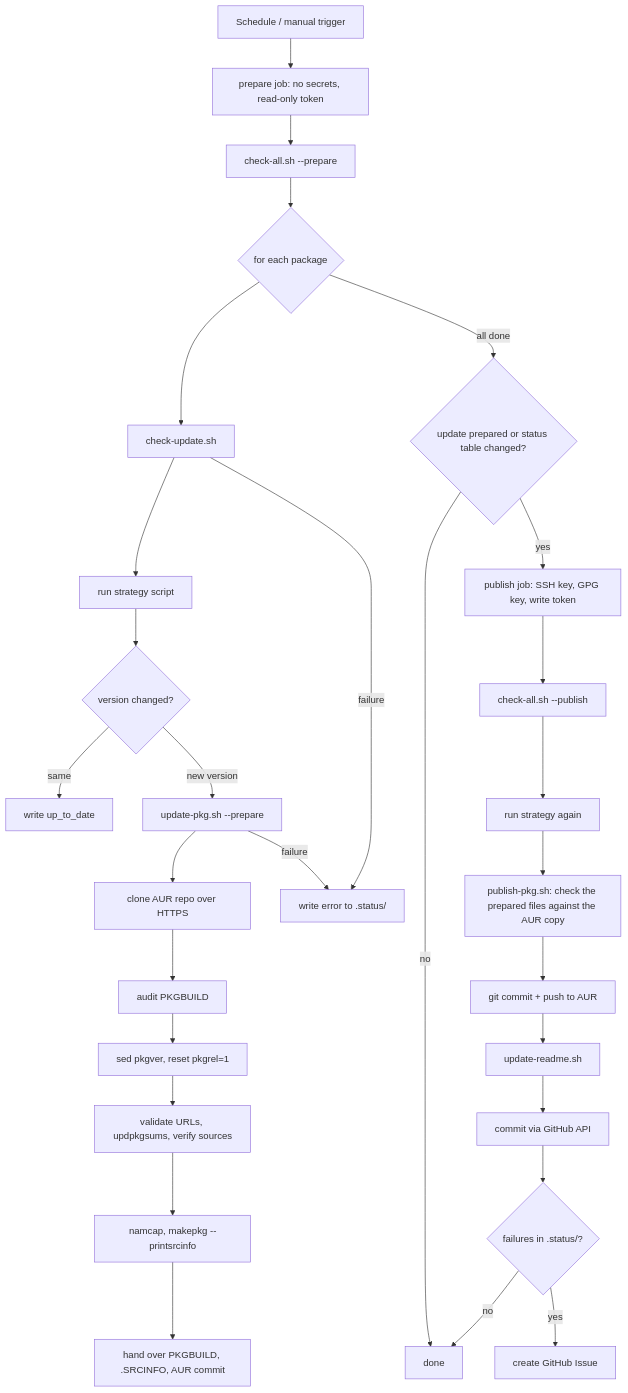
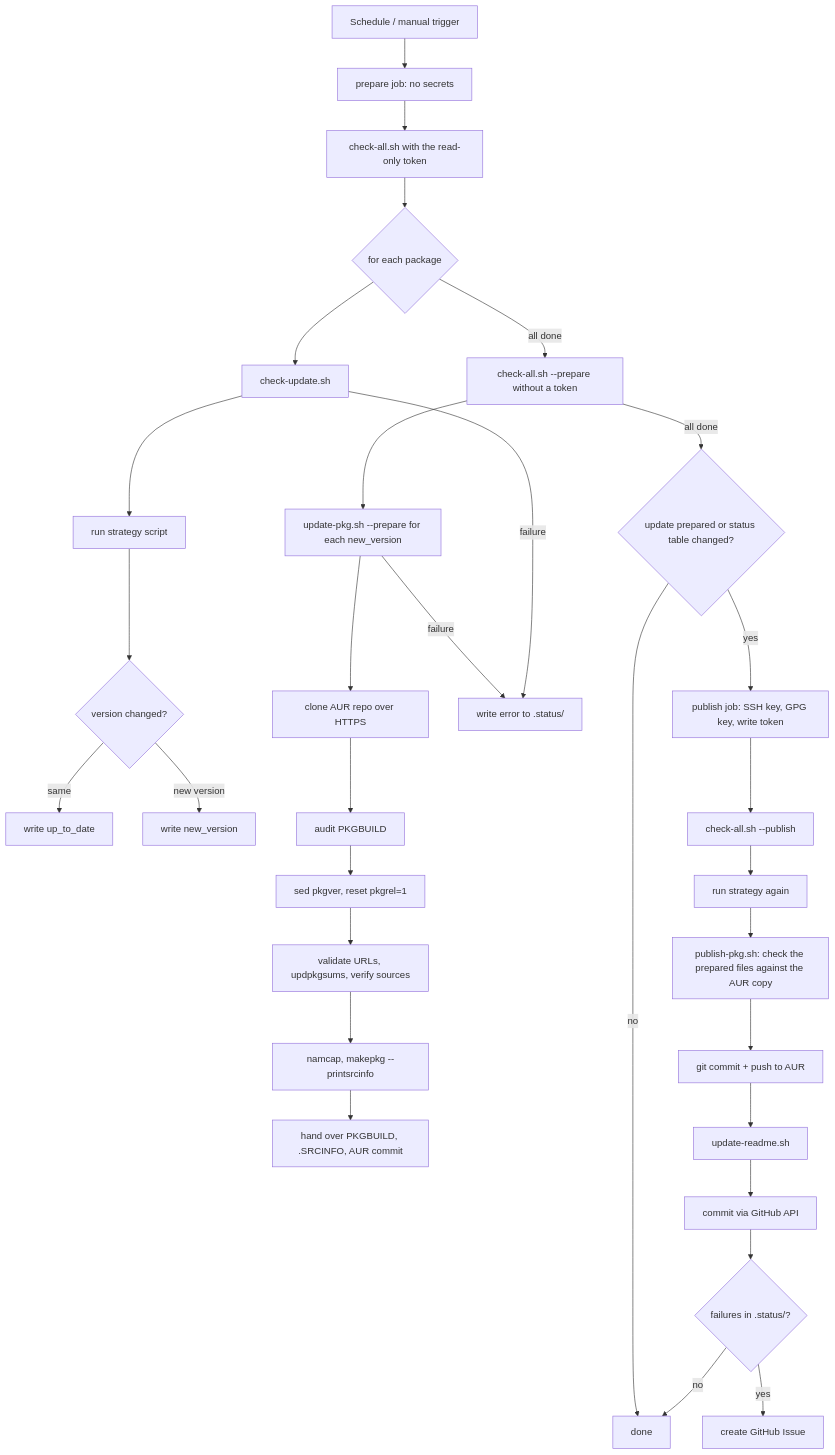
One commit to noctuum/sibyl changed the diagram in docs/WORKFLOW.md. Above: the diagram before and after it, drawn with Mermaid. The commit also changed other lines of this file and 9 other files, not shown here.

First line of the commit message:
fix(workflow): run PKGBUILDs without the token (#23)

````diff
--- a/docs/WORKFLOW.md
+++ b/docs/WORKFLOW.md
@@ -20,31 +20,33 @@
 ```mermaid
 flowchart TD
-    A[Schedule / manual trigger] --> P[prepare job: no secrets, read-only token]
-    P --> B[check-all.sh --prepare]
+    A[Schedule / manual trigger] --> P[prepare job: no secrets]
+    P --> B[check-all.sh with the read-only token]
     B --> C{for each package}
     C --> D[check-update.sh]
     D --> E[run strategy script]
     E --> F{version changed?}
     F -->|same| G[write up_to_date]
-    F -->|new version| H[update-pkg.sh --prepare]
+    F -->|new version| G2[write new_version]
+    C -->|all done| B2[check-all.sh --prepare without a token]
+    B2 --> H[update-pkg.sh --prepare for each new_version]
     H --> H1[clone AUR repo over HTTPS]
     H1 --> H2[audit PKGBUILD]
     H2 --> H3[sed pkgver, reset pkgrel=1]
     H3 --> H4[validate URLs, updpkgsums, verify sources]
     H4 --> H5[namcap, makepkg --printsrcinfo]
     H5 --> H6[hand over PKGBUILD, .SRCINFO, AUR commit]
     H -->|failure| J[write error to .status/]
     D -->|failure| J
-    C -->|all done| W{update prepared or status table changed?}
+    B2 -->|all done| W{update prepared or status table changed?}
     W -->|no| O[done]
     W -->|yes| Q[publish job: SSH key, GPG key, write token]
     Q --> R[check-all.sh --publish]
     R --> R1[run strategy again]
     R1 --> R2[publish-pkg.sh: check the prepared files against the AUR copy]
     R2 --> R3[git commit + push to AUR]
     R3 --> K[update-readme.sh]
     K --> L[commit via GitHub API]
     L --> M{failures in .status/?}
     M -->|yes| N[create GitHub Issue]
     M -->|no| O
 ```
````
